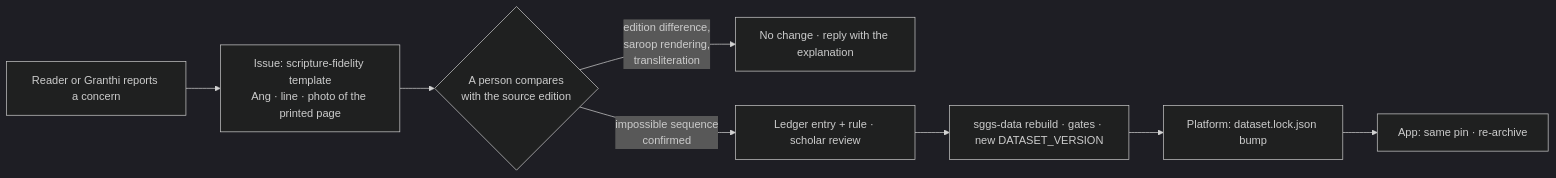
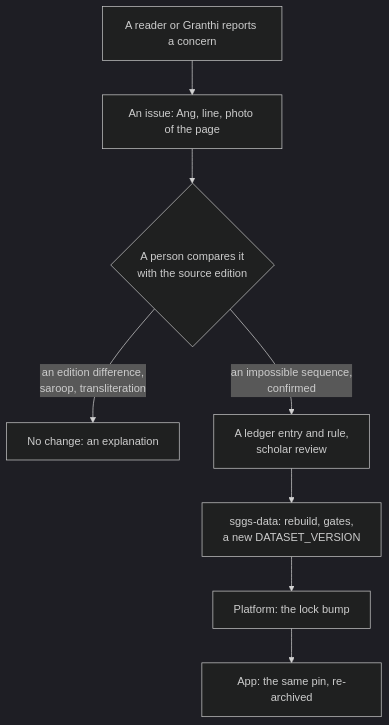
The diagram in docs/data/editorial-ledger.md (Algorythmos-AI/sggs-platform), drawn with Mermaid (dark theme) before and after one commit. The commit also changed 18 other files, not shown here.

````diff
--- a/docs/data/editorial-ledger.md
+++ b/docs/data/editorial-ledger.md
@@ -58,11 +58,12 @@
 ```mermaid
-flowchart LR
+flowchart TB
     accTitle: A reported text concern goes through review and the ledger before any dataset changes
-    r[Reader or Granthi reports a concern] --> i[Issue: scripture-fidelity template<br/>Ang · line · photo of the printed page]
-    i --> c{A person compares<br/>with the source edition}
-    c -->|edition difference,<br/>saroop rendering,<br/>transliteration| n[No change · reply with the explanation]
-    c -->|impossible sequence<br/>confirmed| l[Ledger entry + rule · scholar review]
-    l --> b[sggs-data rebuild · gates · new DATASET_VERSION]
-    b --> p[Platform: dataset.lock.json bump]
-    p --> a[App: same pin · re-archive]
+    accDescr: A reader or Granthi reports a concern as a scripture-fidelity issue with the Ang, the line and a photo of the printed page. A person compares it with the source edition. An edition difference, a saroop rendering or a transliteration question gets an explanation and no change. A confirmed impossible sequence becomes a ledger entry and rule, reviewed by a scholar, then an sggs-data rebuild with its gates and a new DATASET_VERSION, a lock bump in the platform and the same pin in the app.
+    r[A reader or Granthi reports a concern] --> i[An issue: Ang, line, photo of the page]
+    i --> c{A person compares it<br/>with the source edition}
+    c -->|an edition difference,<br/>saroop, transliteration| n[No change: an explanation]
+    c -->|an impossible sequence,<br/>confirmed| l[A ledger entry and rule,<br/>scholar review]
+    l --> b[sggs-data: rebuild, gates,<br/>a new DATASET_VERSION]
+    b --> p[Platform: the lock bump]
+    p --> a[App: the same pin, re-archived]
 ```
````
